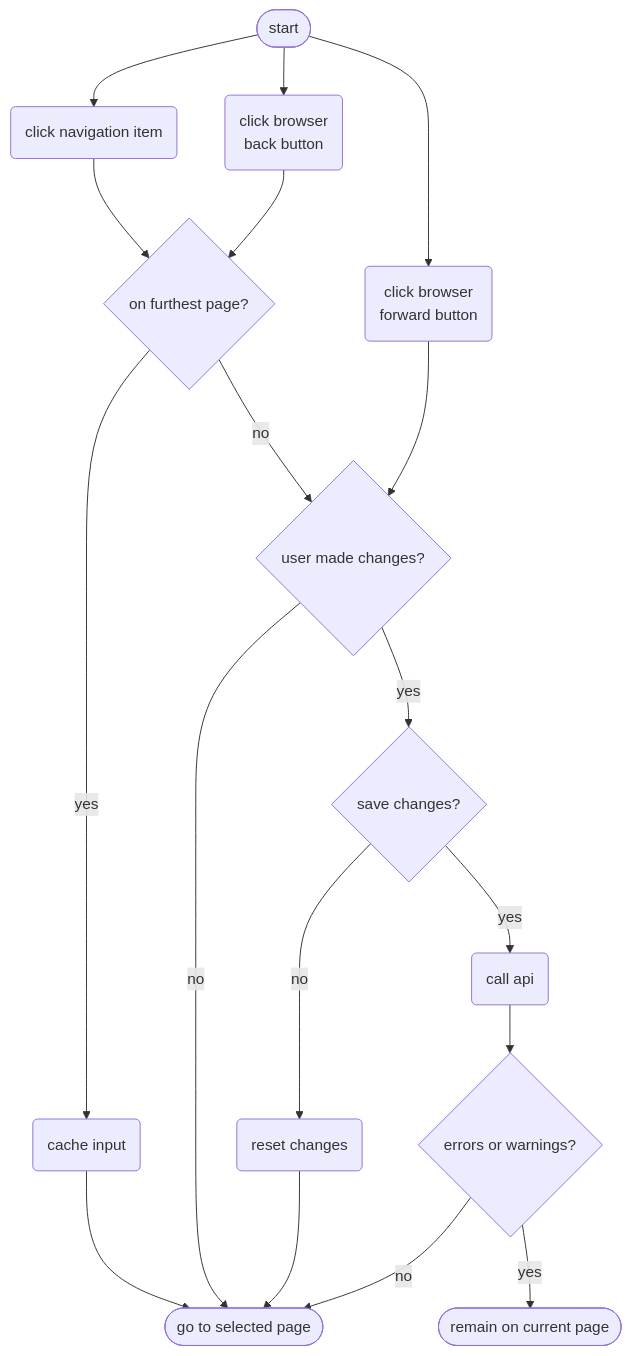
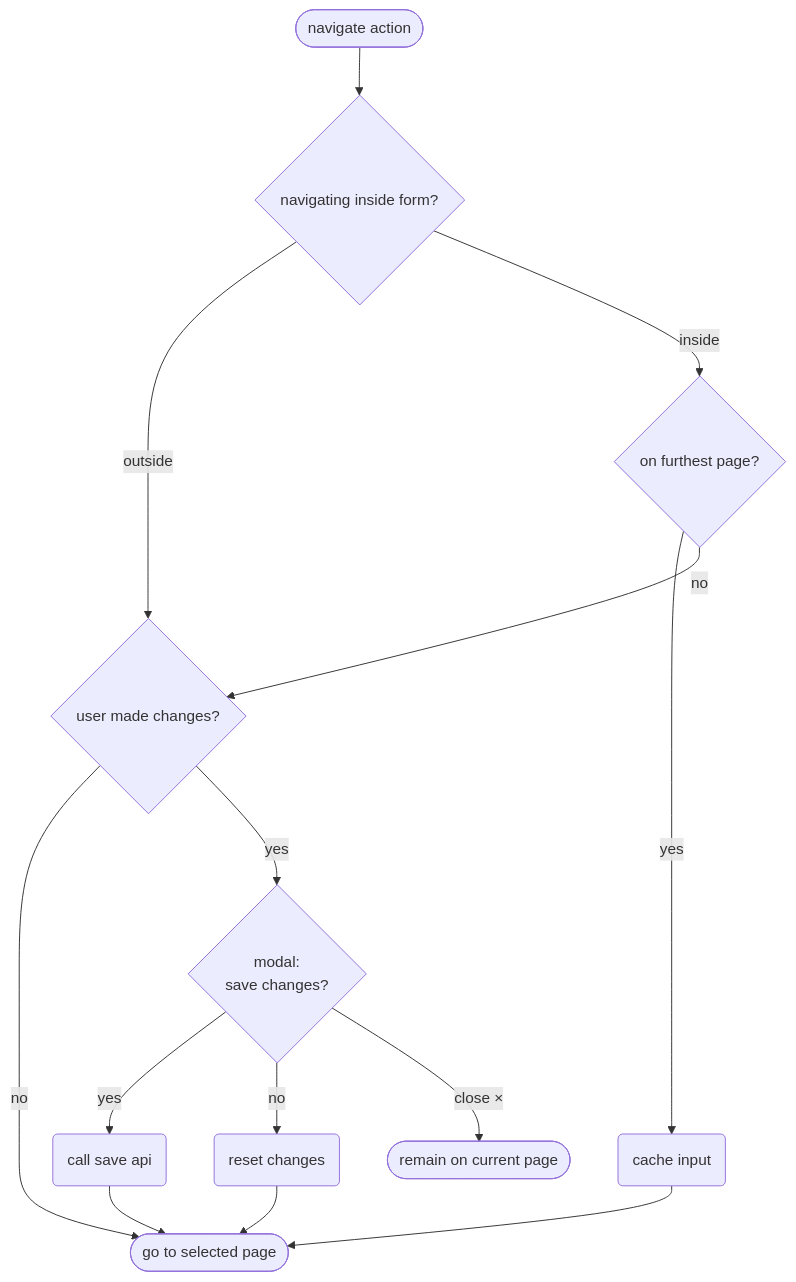
Before and after one commit to kiesraad/abacus: the fourth of 5 diagrams in documentatie/flowcharts/data-entry-forms.md, drawn with Mermaid. The commit also changed other lines of this file, not shown here.

Commit message:
Update data entry forms flowchart (#281)

````diff
--- a/documentatie/flowcharts/data-entry-forms.md
+++ b/documentatie/flowcharts/data-entry-forms.md
@@ -176,44 +178,33 @@
 ```mermaid
 flowchart TD
     %% start and end
-    flow-start([start])
-
+    flow-start([navigate action])
     go-to-page([go to selected page])
     remain-on-page([remain on current page])
 
     %% steps
-    click-nav-item(click navigation item)
-    click-browser-back("click browser
-        back button")
-    click-browser-forward("click browser
-        forward button")
+    inside-outside{navigating inside form?}
     on-furthest-page{on furthest page?}
     user-made-changes{user made changes?}
-    save-changes{save changes?}
-    call-api(call api)
+    save-changes{"modal: \n save changes?"}
+    call-save-api(call save api)
     cache-input(cache input)
     reset-changes(reset changes)
-    errors-or-warnings{errors or warnings?}
 
     %% flow
-    flow-start --> click-nav-item
-    flow-start --> click-browser-back
-    flow-start --> click-browser-forward
-    click-browser-back --> on-furthest-page
-    %% if you can click the browser forward button, you by definition are not on the furthest page
-    click-browser-forward --> user-made-changes
-    click-nav-item --> on-furthest-page
+    flow-start --> inside-outside
+    inside-outside -- outside --> user-made-changes
+    inside-outside -- inside --> on-furthest-page
     on-furthest-page -- yes --> cache-input
     cache-input --> go-to-page
+    
 
     on-furthest-page -- no --> user-made-changes
     user-made-changes -- no --> go-to-page
     user-made-changes -- yes --> save-changes
+    save-changes -- yes --> call-save-api
     save-changes -- no --> reset-changes
+    save-changes -- close × --> remain-on-page
     reset-changes --> go-to-page
-    save-changes -- yes --> call-api
-    call-api --> errors-or-warnings
-    errors-or-warnings -- no --> go-to-page
-    errors-or-warnings -- yes --> remain-on-page
-
+    call-save-api --> go-to-page
 ```
````
